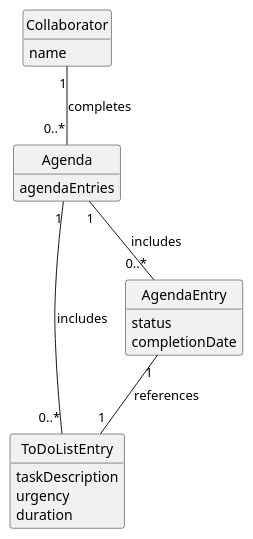
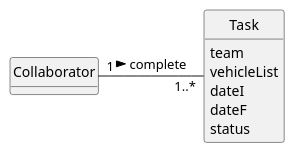
One commit to diogoveirospro/lei-24-s2-1dg-g072 changed the diagram in docs/sprintC/us029/02.analysis/puml/us029-domain-model.puml. Above: the diagram before and after it, drawn with PlantUML. The commit also changed 3 other files, not shown here.

```diff
--- a/docs/sprintC/us029/02.analysis/puml/us029-domain-model.puml
+++ b/docs/sprintC/us029/02.analysis/puml/us029-domain-model.puml
@@ -1,35 +1,27 @@
 @startuml
 skinparam monochrome true
 skinparam packageStyle rectangle
 skinparam shadowing false
 
+'left to right direction
+
 skinparam classAttributeIconSize 0
-
-hide circle
+hide circles
 hide methods
 
-class Collaborator {
-    name
+
+class Collaborator{
+
 }
 
-class Agenda {
-    agendaEntries
+class Task{
+    team
+    vehicleList
+    dateI
+    dateF
+    status
 }
 
-class ToDoListEntry {
-    taskDescription
-    urgency
-    duration
-}
-
-class AgendaEntry {
-    status
-    completionDate
-}
-
-Collaborator "1" -- "0..*" Agenda : completes
-Agenda "1" -- "0..*" AgendaEntry : includes
-Agenda "1" -- "0..*" ToDoListEntry : includes
-AgendaEntry "1" -- "1" ToDoListEntry : references
+Collaborator "1"-"   1..*" Task: complete >
 
 @enduml
```
